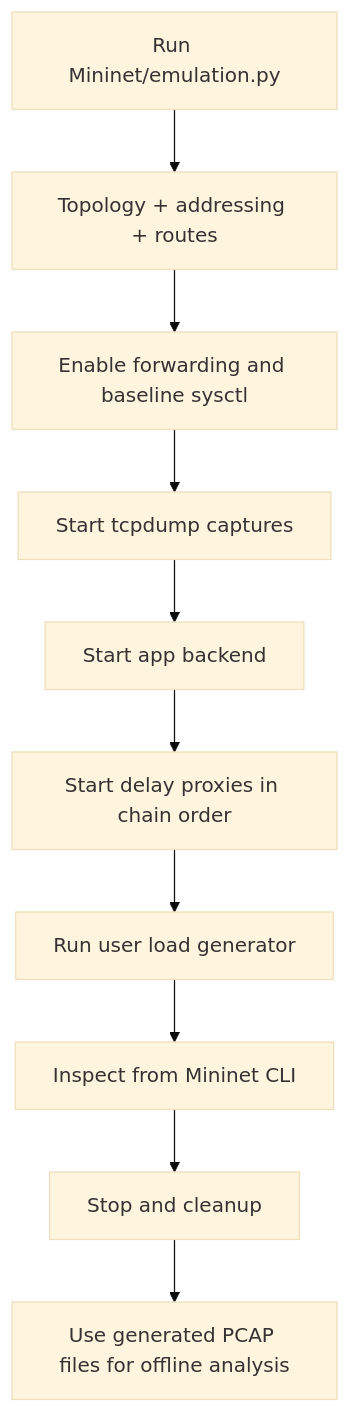
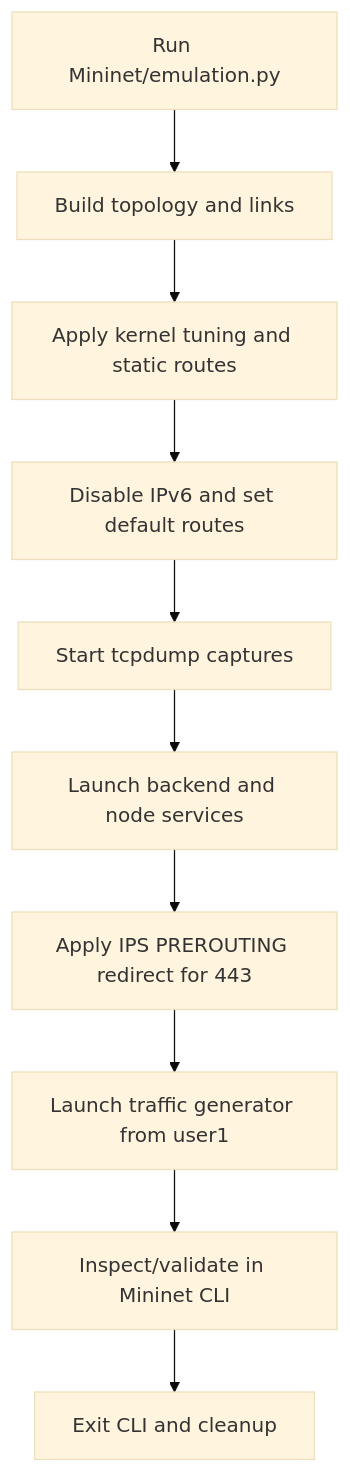
Before and after one commit to mayanksinghk/IRCTC-Simulator: the first of 5 diagrams in docs/WORKFLOWS.md, drawn with Mermaid (base theme). The commit also changed other lines of this file and 3 other files, not shown here.

````diff
--- a/docs/WORKFLOWS.md
+++ b/docs/WORKFLOWS.md
@@ -5,12 +9,12 @@
 ```mermaid
 flowchart TD
-  A[Run Mininet/emulation.py] --> B[Topology + addressing + routes]
-  B --> C[Enable forwarding and baseline sysctl]
-  C --> D[Start tcpdump captures]
-  D --> E[Start app backend]
-  E --> F[Start delay proxies in chain order]
-  F --> G[Run user load generator]
-  G --> H[Inspect from Mininet CLI]
-  H --> I[Stop and cleanup]
-  I --> J[Use generated PCAP files for offline analysis]
+  A[Run Mininet/emulation.py] --> B[Build topology and links]
+  B --> C[Apply kernel tuning and static routes]
+  C --> D[Disable IPv6 and set default routes]
+  D --> E[Start tcpdump captures]
+  E --> F[Launch backend and node services]
+  F --> G[Apply IPS PREROUTING redirect for 443]
+  G --> H[Launch traffic generator from user1]
+  H --> I[Inspect/validate in Mininet CLI]
+  I --> J[Exit CLI and cleanup]
 ```
````
